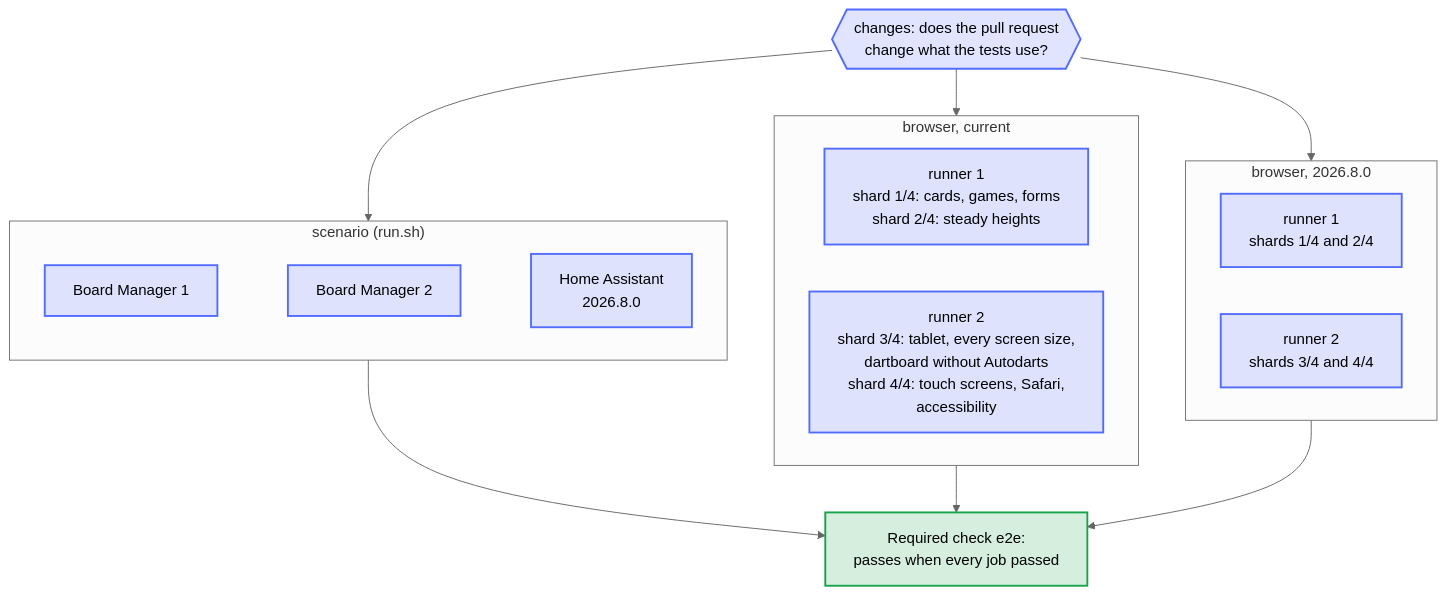
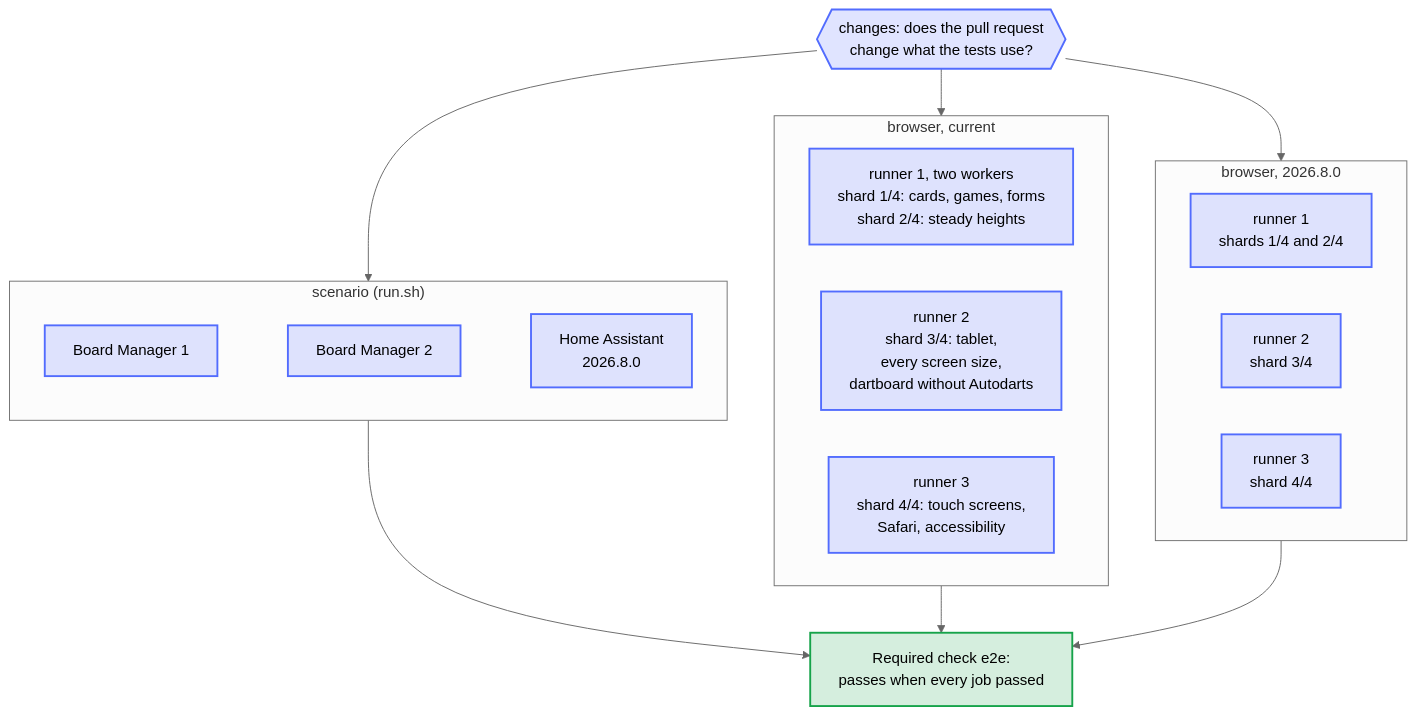
The diagram in docs/diagrams/e2e-shards.en.mmd (Dennis-Otto/ha-autodarts), drawn with Mermaid (neutral theme) before and after one commit. The commit also changed 11 other files, not shown here.

First line of the commit message:
ci(e2e): give the shard with Safari a runner of its own

```diff
--- a/docs/diagrams/e2e-shards.en.mmd
+++ b/docs/diagrams/e2e-shards.en.mmd
@@ -1,40 +1,42 @@
 ---
 config:
   flowchart:
     wrappingWidth: 400
 ---
 flowchart TB
   accTitle: The end-to-end tests side by side
-  accDescr: Once the job changes finds something to test, seven test jobs start at the same time. Three run the scenario, for Board Manager 1, Board Manager 2 and Home Assistant 2026.8.0. Four run the browser test, two for the current and two for the oldest supported Home Assistant. Each browser job starts two demo instances, each with a browser and one of the four shards of the steps, so all four shards of a version run at once. The required check e2e waits for all of them.
+  accDescr: Once the job changes finds something to test, nine test jobs start at the same time. Three run the scenario, for Board Manager 1, Board Manager 2 and Home Assistant 2026.8.0. Six run the browser test, three for the current and three for the oldest supported Home Assistant, so all four shards of a version run at once, each on a demo instance of its own. The first runner of a version runs two workers, the cards, games and forms beside the steady heights; the second runs the tablet, every screen size and the dartboard without Autodarts; the third runs the touch screens, Safari and accessibility alone, so that Safari's WebKit shares its CPU with no other browser. The required check e2e waits for all of them.
 
   CHANGES{{"changes: does the pull request<br/>change what the tests use?"}}
   CHANGES --> SCENARIO
   CHANGES --> CURRENT
   CHANGES --> OLDEST
 
   subgraph SCENARIO["scenario (run.sh)"]
     direction LR
     S1["Board Manager 1"] ~~~ S2["Board Manager 2"] ~~~ S3["Home Assistant<br/>2026.8.0"]
   end
 
   subgraph CURRENT["browser, current"]
     direction LR
-    C1["runner 1<br/>shard 1/4: cards, games, forms<br/>shard 2/4: steady heights"]
-    C2["runner 2<br/>shard 3/4: tablet, every screen size,<br/>dartboard without Autodarts<br/>shard 4/4: touch screens, Safari,<br/>accessibility"]
+    C1["runner 1, two workers<br/>shard 1/4: cards, games, forms<br/>shard 2/4: steady heights"]
+    C2["runner 2<br/>shard 3/4: tablet,<br/>every screen size,<br/>dartboard without Autodarts"]
+    C3["runner 3<br/>shard 4/4: touch screens,<br/>Safari, accessibility"]
   end
 
   subgraph OLDEST["browser, 2026.8.0"]
     direction LR
     O1["runner 1<br/>shards 1/4 and 2/4"]
-    O2["runner 2<br/>shards 3/4 and 4/4"]
+    O2["runner 2<br/>shard 3/4"]
+    O3["runner 3<br/>shard 4/4"]
   end
 
   SCENARIO --> GATE["Required check e2e:<br/>passes when every job passed"]
   CURRENT --> GATE
   OLDEST --> GATE
 
   classDef bot fill:#526cfe2e,stroke:#526cfe,stroke-width:2px
   classDef done fill:#16a34a2e,stroke:#16a34a,stroke-width:2px
   class CHANGES bot
-  class S1,S2,S3,C1,C2,O1,O2 bot
+  class S1,S2,S3,C1,C2,C3,O1,O2,O3 bot
   class GATE done
```
